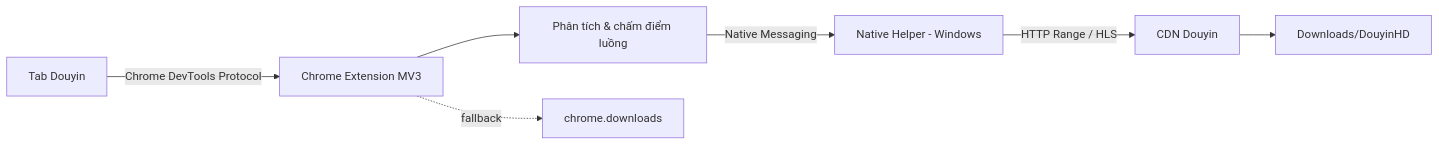
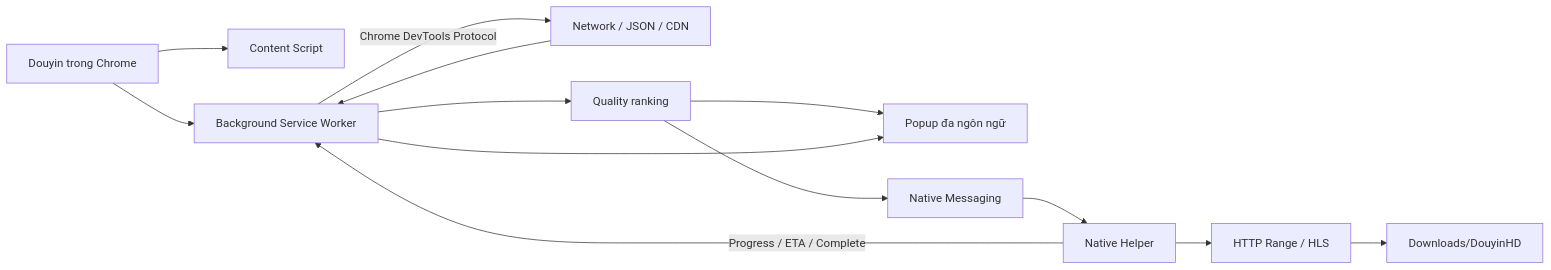
The diagram in README.md (binkadev/douyin-hd-pro), drawn with Mermaid before and after one commit. The commit also changed other lines of this file and 35 other files, not shown here.

````diff
--- a/README.md
+++ b/README.md
@@ -32,9 +103,15 @@
 ```mermaid
 flowchart LR
-    A[Tab Douyin] -->|Chrome DevTools Protocol| B[Chrome Extension MV3]
-    B --> C[Phân tích & chấm điểm luồng]
-    C -->|Native Messaging| D[Native Helper - Windows]
-    D -->|HTTP Range / HLS| E[CDN Douyin]
-    E --> F[Downloads/DouyinHD]
-    B -. fallback .-> G[chrome.downloads]
+    A[Douyin trong Chrome] --> B[Content Script]
+    A --> C[Background Service Worker]
+    C -->|Chrome DevTools Protocol| D[Network / JSON / CDN]
+    D --> C
+    C --> E[Quality ranking]
+    E --> F[Popup đa ngôn ngữ]
+    E --> G[Native Messaging]
+    G --> H[Native Helper]
+    H --> I[HTTP Range / HLS]
+    I --> J[Downloads/DouyinHD]
+    H -->|Progress / ETA / Complete| C
+    C --> F
 ```
````
